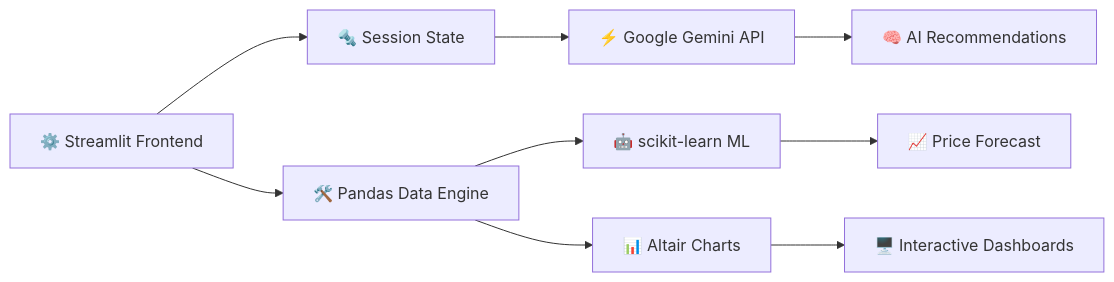
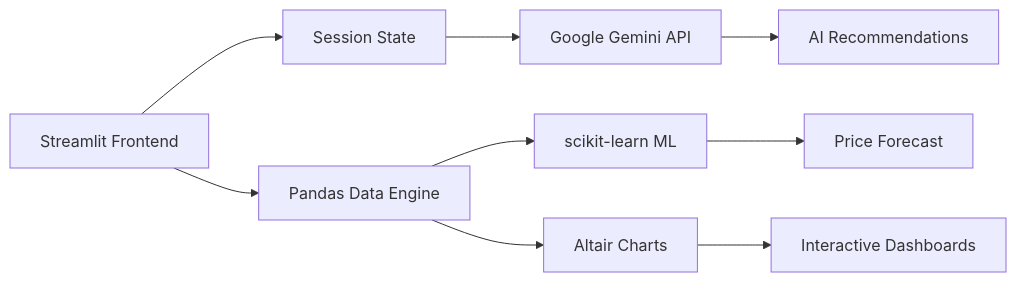
The diagram in README.md (Tanishka-17/capstone_project_mirai), drawn with Mermaid before and after one commit. The commit also changed other lines of this file, not shown here.

````diff
--- a/README.md
+++ b/README.md
@@ -92,11 +63,11 @@
 ```mermaid
 graph LR
-    A[⚙️ Streamlit Frontend] --> B[🔩 Session State]
-    A --> C[🛠️ Pandas Data Engine]
-    C --> D[🤖 scikit-learn ML]
-    C --> E[📊 Altair Charts]
-    B --> F[⚡ Google Gemini API]
-    F --> G[🧠 AI Recommendations]
-    D --> H[📈 Price Forecast]
-    E --> I[🖥️ Interactive Dashboards]
+    A[Streamlit Frontend] --> B[Session State]
+    A --> C[Pandas Data Engine]
+    C --> D[scikit-learn ML]
+    C --> E[Altair Charts]
+    B --> F[Google Gemini API]
+    F --> G[AI Recommendations]
+    D --> H[Price Forecast]
+    E --> I[Interactive Dashboards]
 ```
````
